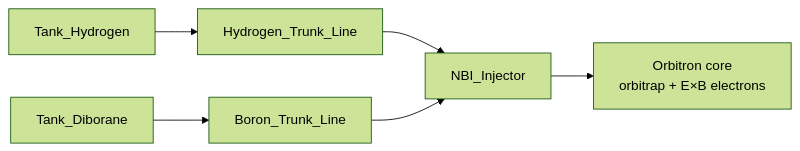
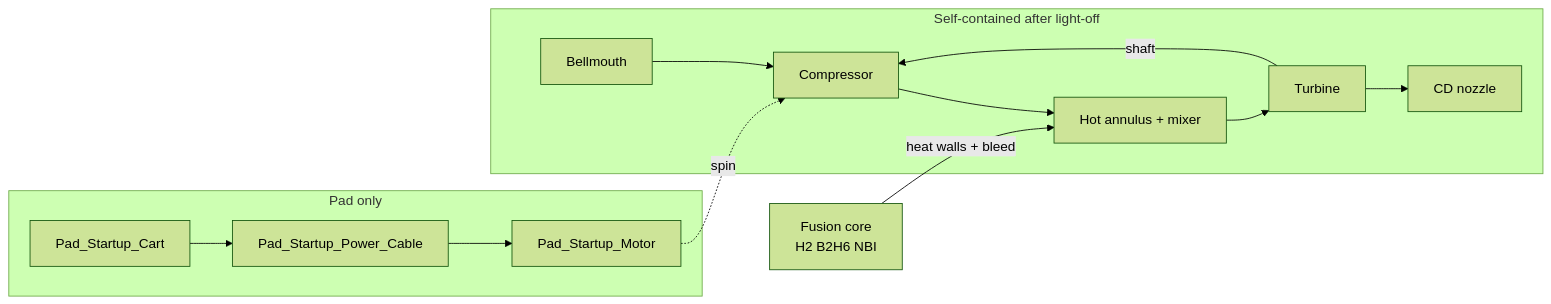
One commit to catskillsresearch/CatskillsFusionSSTO changed the diagram in gas_flow.md. Above: the diagram before and after it, drawn with Mermaid (forest theme). The commit also changed other lines of this file and 16 other files, not shown here.

````diff
--- a/gas_flow.md
+++ b/gas_flow.md
@@ -27,8 +68,21 @@
 ```mermaid
 flowchart LR
-  H[Tank_Hydrogen] --> HT[Hydrogen_Trunk_Line]
-  B[Tank_Diborane] --> BT[Boron_Trunk_Line]
-  HT --> NBI[NBI_Injector]
-  BT --> NBI
-  NBI --> CORE[Orbitron core\norbitrap + E×B electrons]
+  subgraph pad [Pad only]
+    CART[Pad_Startup_Cart]
+    CBL[Pad_Startup_Power_Cable]
+    APU[Pad_Startup_Motor]
+    CART --> CBL --> APU
+  end
+  subgraph engine [Self-contained after light-off]
+    BM[Bellmouth]
+    COMP[Compressor]
+    HOT[Hot annulus + mixer]
+    TURB[Turbine]
+    NOZ[CD nozzle]
+  end
+  CORE[Fusion core\nH2 B2H6 NBI]
+  APU -.->|spin| COMP
+  BM --> COMP --> HOT --> TURB --> NOZ
+  CORE -->|heat walls + bleed| HOT
+  TURB -->|shaft| COMP
 ```
````
